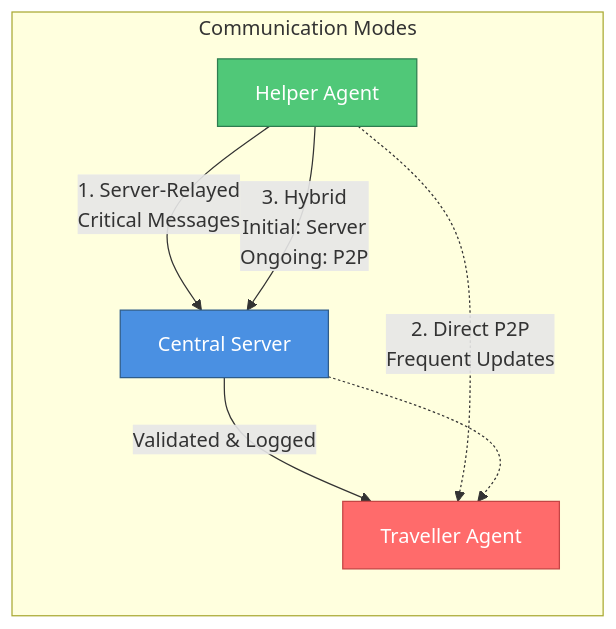
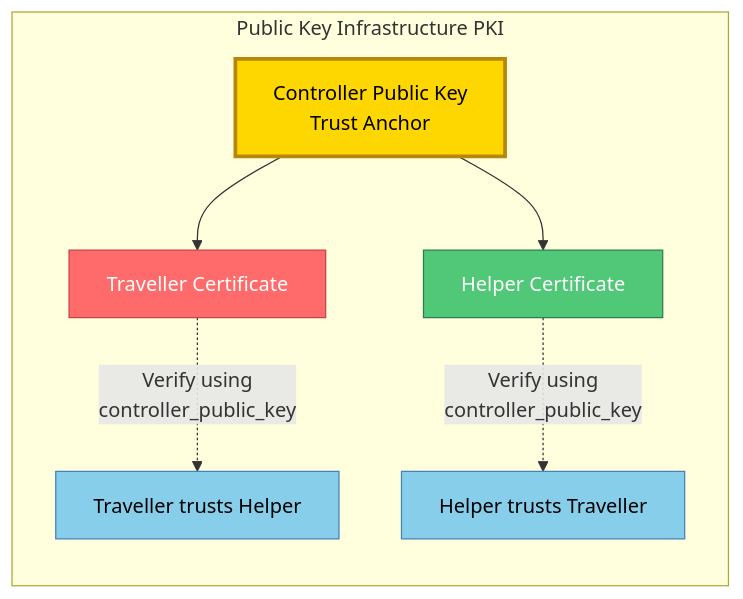
One commit to TheUnnamedOne-design/EncryptedA2AProtocol changed the sixth of 6 diagrams in README.md. Above: the diagram before and after it, drawn with Mermaid. The commit also changed other lines of this file and 7 other files, not shown here.

````diff
--- a/README.md
+++ b/README.md
@@ -111,16 +297,15 @@
 ```mermaid
 graph LR
-    subgraph "Communication Modes"
-        A[Helper Agent] -->|1. Server-Relayed<br/>Critical Messages| B[Central Server]
-        B -->|Validated & Logged| C[Traveller Agent]
-        
-        A -.->|2. Direct P2P<br/>Frequent Updates| C
-        
-        A -->|3. Hybrid<br/>Initial: Server<br/>Ongoing: P2P| B
-        B -.-> C
+    subgraph "Public Key Infrastructure PKI"
+        A[Controller Public Key<br/>Trust Anchor] --> B[Traveller Certificate]
+        A --> C[Helper Certificate]
+        B -.->|Verify using<br/>controller_public_key| D[Traveller trusts Helper]
+        C -.->|Verify using<br/>controller_public_key| E[Helper trusts Traveller]
     end
     
-    style A fill:#50C878,stroke:#2E7D50,color:#fff
-    style B fill:#4A90E2,stroke:#2E5C8A,color:#fff
-    style C fill:#FF6B6B,stroke:#C44545,color:#fff
+    style A fill:#FFD700,stroke:#B8860B,color:#000,stroke-width:3px
+    style B fill:#FF6B6B,stroke:#C44545,color:#fff
+    style C fill:#50C878,stroke:#2E7D50,color:#fff
+    style D fill:#87CEEB,stroke:#4682B4,color:#000
+    style E fill:#87CEEB,stroke:#4682B4,color:#000
 ```
````
